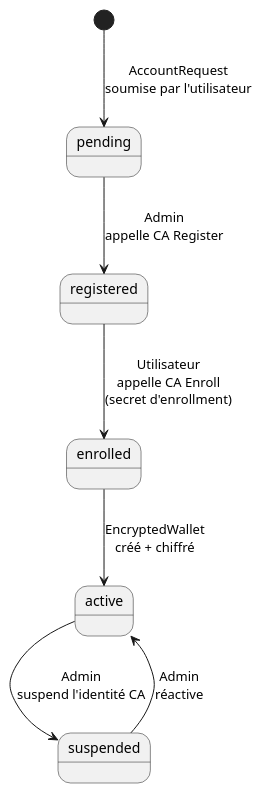
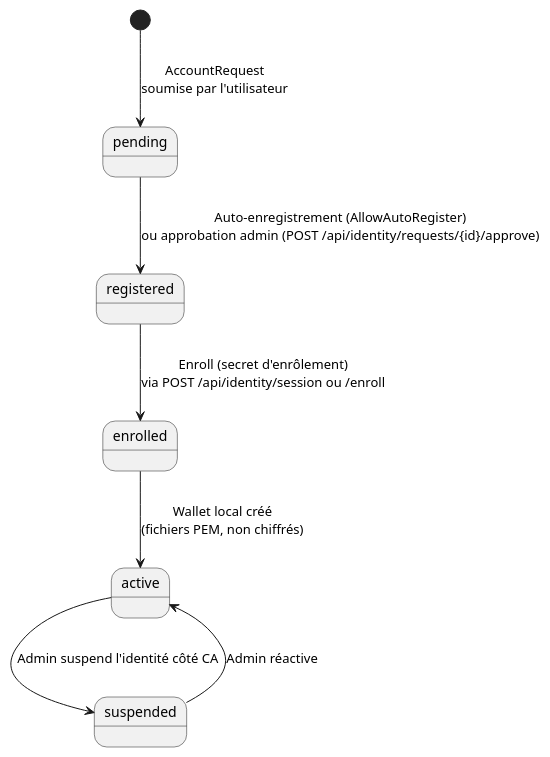
The third of 3 diagrams in specs/3-Conception/Securite.md (olivaux/myr), drawn with PlantUML before and after one commit. The commit also changed other lines of this file and 17 other files, not shown here.

````diff
--- a/specs/3-Conception/Securite.md
+++ b/specs/3-Conception/Securite.md
@@ -110,10 +103,10 @@
 ```plantuml
 @startuml
 [*] --> pending : AccountRequest\nsoumise par l'utilisateur
-pending --> registered : Admin\nappelle CA Register
-registered --> enrolled : Utilisateur\nappelle CA Enroll\n(secret d'enrollment)
-enrolled --> active : EncryptedWallet\ncréé + chiffré
-active --> suspended : Admin\nsuspend l'identité CA
-suspended --> active : Admin\nréactive
+pending --> registered : Auto-enregistrement (AllowAutoRegister)\nou approbation admin (POST /api/identity/requests/{id}/approve)
+registered --> enrolled : Enroll (secret d'enrôlement)\nvia POST /api/identity/session ou /enroll
+enrolled --> active : Wallet local créé\n(fichiers PEM, non chiffrés)
+active --> suspended : Admin suspend l'identité côté CA
+suspended --> active : Admin réactive
 @enduml
 ```
````
